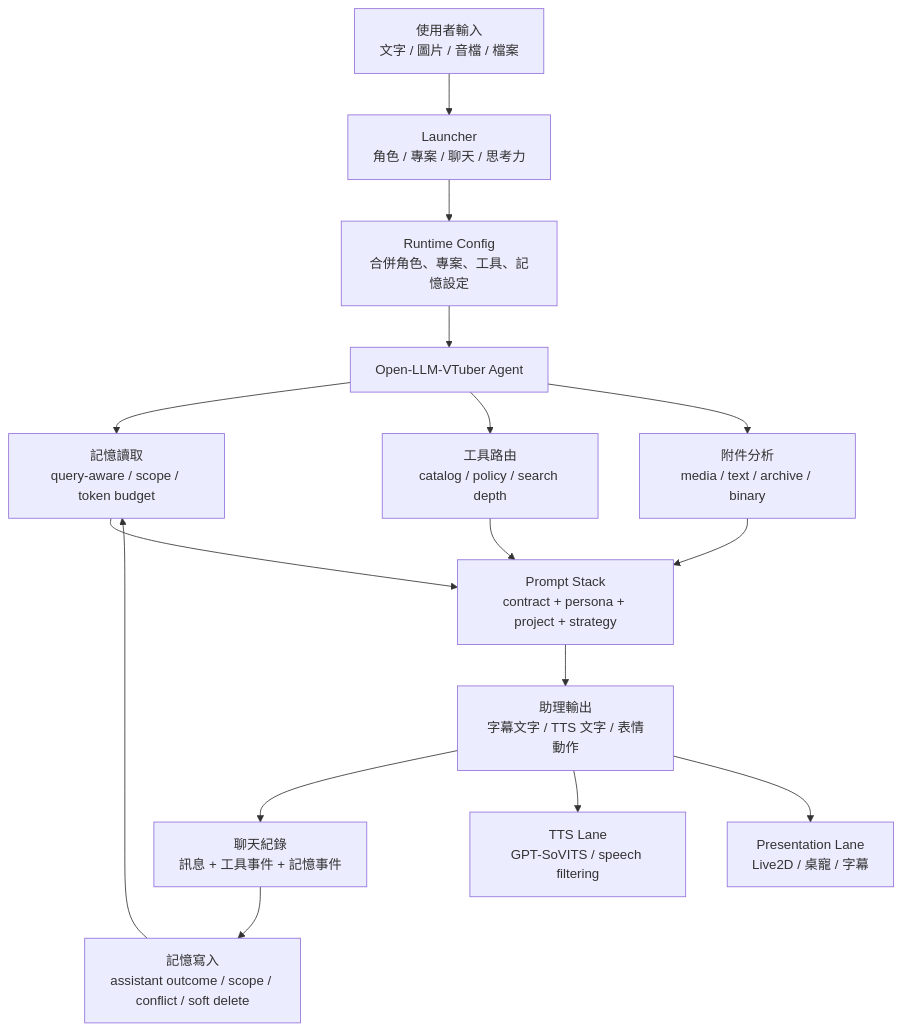
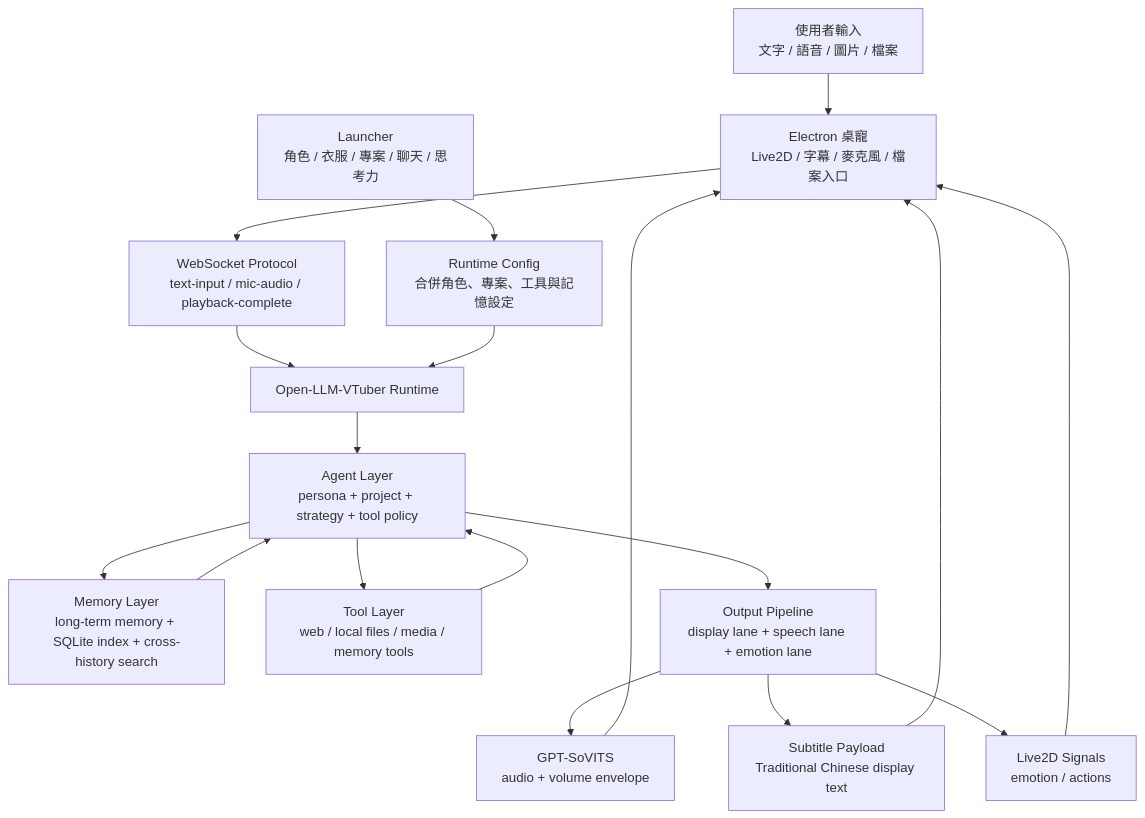
Before and after one commit to lulu930128/desktop-agent-runtime: the first of 3 diagrams in README.md, drawn with Mermaid. The commit also changed other lines of this file, not shown here.

Commit message:
Finalize README architecture documentation

````diff
--- a/README.md
+++ b/README.md
@@ -28,22 +20,24 @@
 ```mermaid
 flowchart TD
-    U["使用者輸入<br/>文字 / 圖片 / 音檔 / 檔案"] --> L["Launcher<br/>角色 / 專案 / 聊天 / 思考力"]
-    L --> C["Runtime Config<br/>合併角色、專案、工具、記憶設定"]
-    C --> A["Open-LLM-VTuber Agent"]
+    U["使用者輸入<br/>文字 / 語音 / 圖片 / 檔案"] --> UI["Electron 桌寵<br/>Live2D / 字幕 / 麥克風 / 檔案入口"]
+    UI --> WS["WebSocket Protocol<br/>text-input / mic-audio / playback-complete"]
+    WS --> RT["Open-LLM-VTuber Runtime"]
 
-    A --> M["記憶讀取<br/>query-aware / scope / token budget"]
-    A --> R["工具路由<br/>catalog / policy / search depth"]
-    A --> F["附件分析<br/>media / text / archive / binary"]
+    L["Launcher<br/>角色 / 衣服 / 專案 / 聊天 / 思考力"] --> CFG["Runtime Config<br/>合併角色、專案、工具與記憶設定"]
+    CFG --> RT
 
-    M --> P["Prompt Stack<br/>contract + persona + project + strategy"]
-    R --> P
-    F --> P
+    RT --> AG["Agent Layer<br/>persona + project + strategy + tool policy"]
+    AG --> MEM["Memory Layer<br/>long-term memory + SQLite index + cross-history search"]
+    AG --> TOOL["Tool Layer<br/>web / local files / media / memory tools"]
+    AG --> OUT["Output Pipeline<br/>display lane + speech lane + emotion lane"]
 
-    P --> O["助理輸出<br/>字幕文字 / TTS 文字 / 表情動作"]
-    O --> H["聊天紀錄<br/>訊息 + 工具事件 + 記憶事件"]
-    O --> T["TTS Lane<br/>GPT-SoVITS / speech filtering"]
-    O --> D["Presentation Lane<br/>Live2D / 桌寵 / 字幕"]
+    MEM --> AG
+    TOOL --> AG
+    OUT --> TTS["GPT-SoVITS<br/>audio + volume envelope"]
+    OUT --> SUB["Subtitle Payload<br/>Traditional Chinese display text"]
+    OUT --> EMO["Live2D Signals<br/>emotion / actions"]
 
-    H --> W["記憶寫入<br/>assistant outcome / scope / conflict / soft delete"]
-    W --> M
+    TTS --> UI
+    SUB --> UI
+    EMO --> UI
 ```
````
